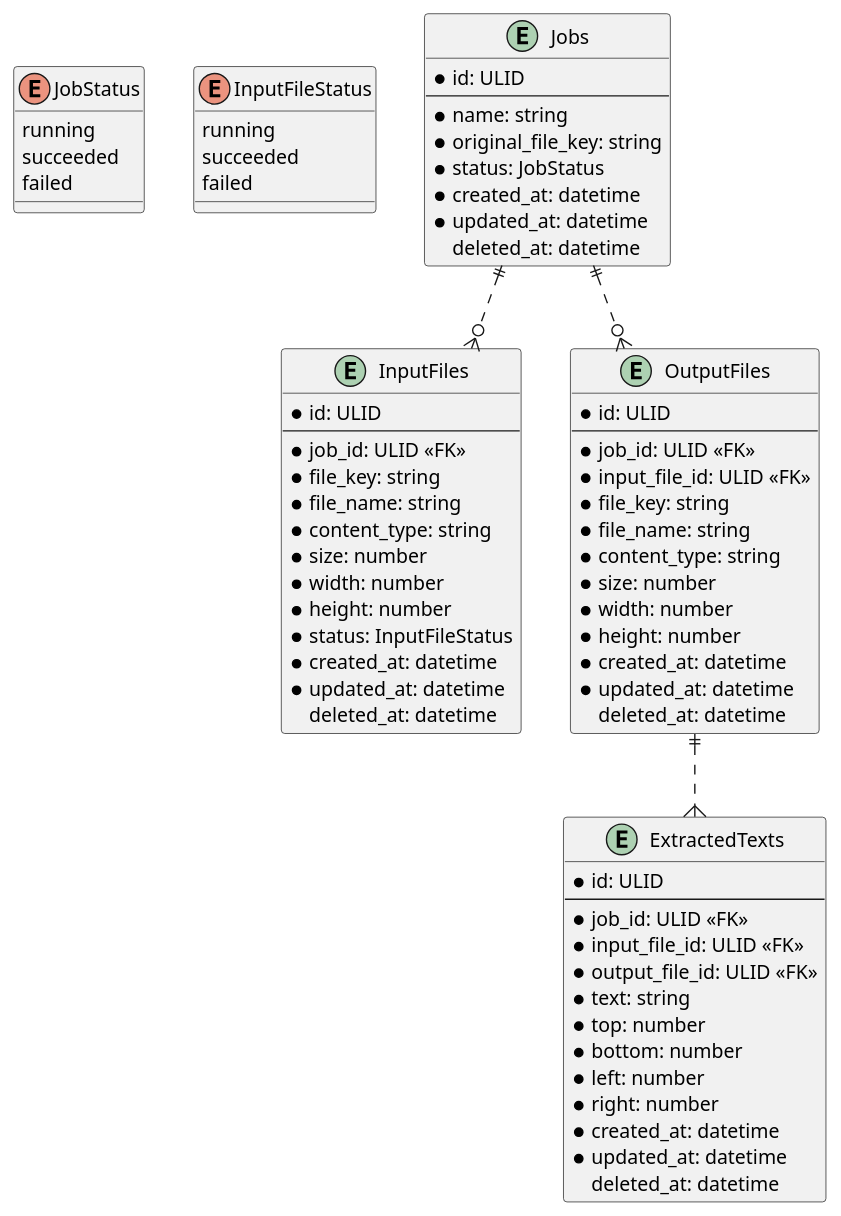
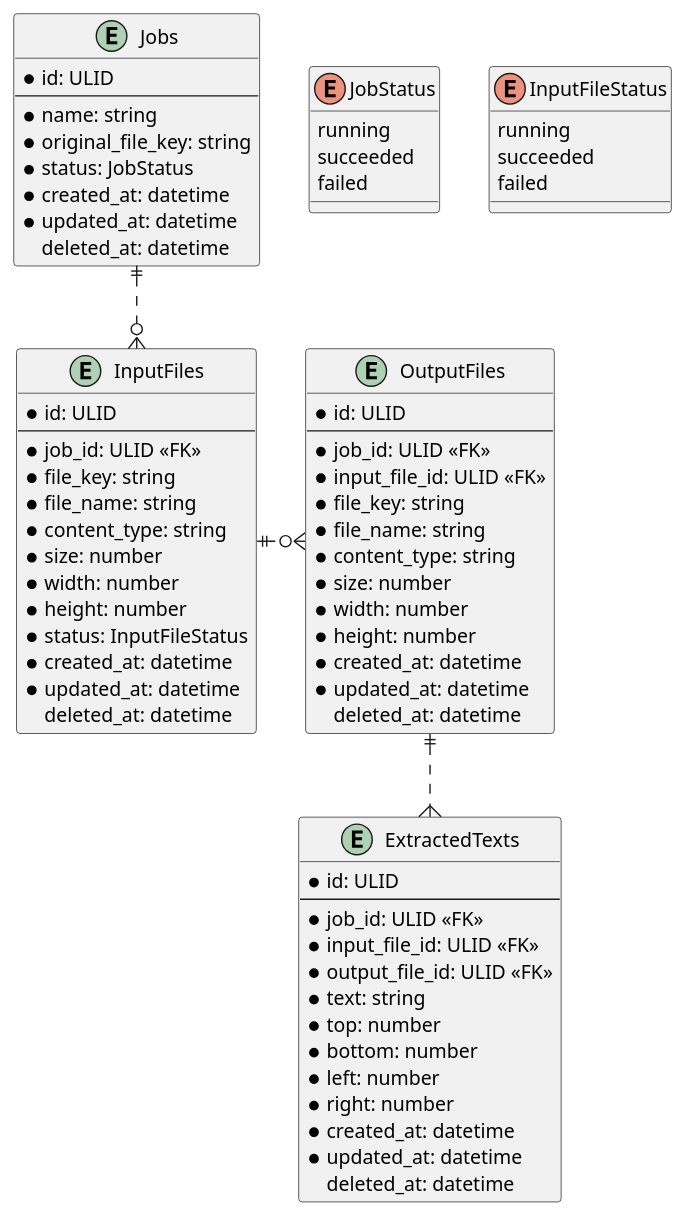
One commit to ijufumi/google-vision-sample changed the diagram in backend/docs/db/tables.puml. Above: the diagram before and after it, drawn with PlantUML.

Commit message:
Modified ERD

```diff
--- a/backend/docs/db/tables.puml
+++ b/backend/docs/db/tables.puml
@@ -1,78 +1,78 @@
 @startuml
 
 enum JobStatus {
   running
   succeeded
   failed
 }
 
 enum InputFileStatus {
   running
   succeeded
   failed
 }
 
 entity Jobs {
   * id: ULID
   --
   * name: string
   * original_file_key: string
   * status: JobStatus
   * created_at: datetime
   * updated_at: datetime
     deleted_at: datetime
 }
 
 entity InputFiles {
   * id: ULID
   --
   * job_id: ULID <<FK>>
   * file_key: string
   * file_name: string
   * content_type: string
   * size: number
   * width: number
   * height: number
   * status: InputFileStatus
   * created_at: datetime
   * updated_at: datetime
     deleted_at: datetime
 }
 
 entity OutputFiles {
   * id: ULID
   --
   * job_id: ULID <<FK>>
   * input_file_id: ULID <<FK>>
   * file_key: string
   * file_name: string
   * content_type: string
   * size: number
   * width: number
   * height: number
   * created_at: datetime
   * updated_at: datetime
     deleted_at: datetime
 }
 
 entity ExtractedTexts {
   * id: ULID
   --
   * job_id: ULID <<FK>>
   * input_file_id: ULID <<FK>>
   * output_file_id: ULID <<FK>>
   * text: string
   * top: number
   * bottom: number
   * left: number
   * right: number
   * created_at: datetime
   * updated_at: datetime
     deleted_at: datetime
 }
 
 Jobs ||..o{ InputFiles
-Jobs ||..o{ OutputFiles
+InputFiles ||..ro{ OutputFiles
 OutputFiles ||..do{ ExtractedTexts
 
 @enduml
```
